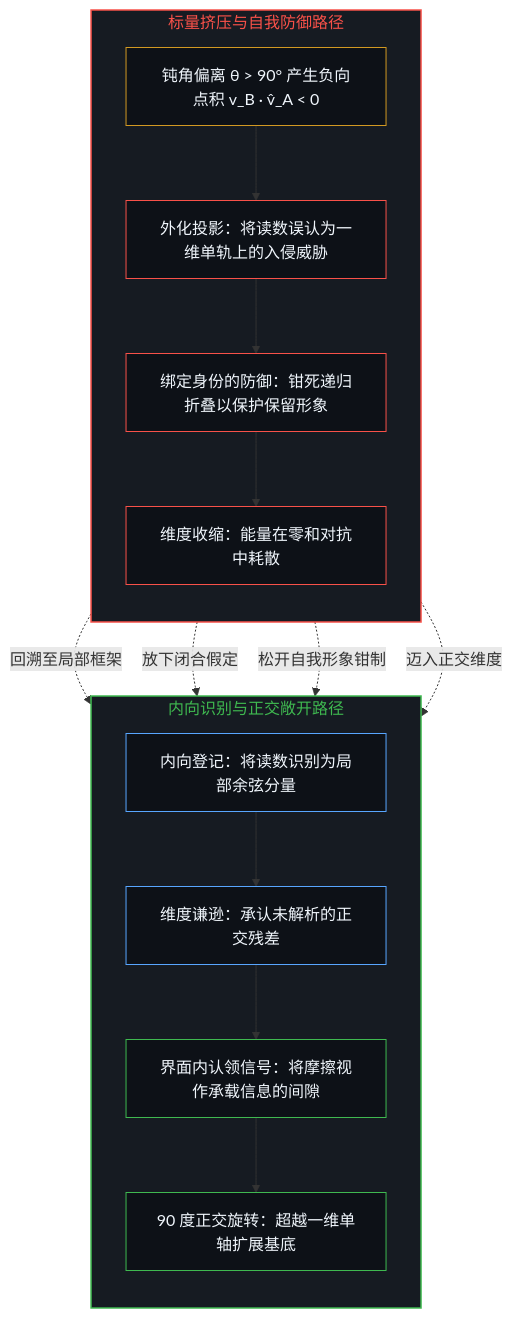
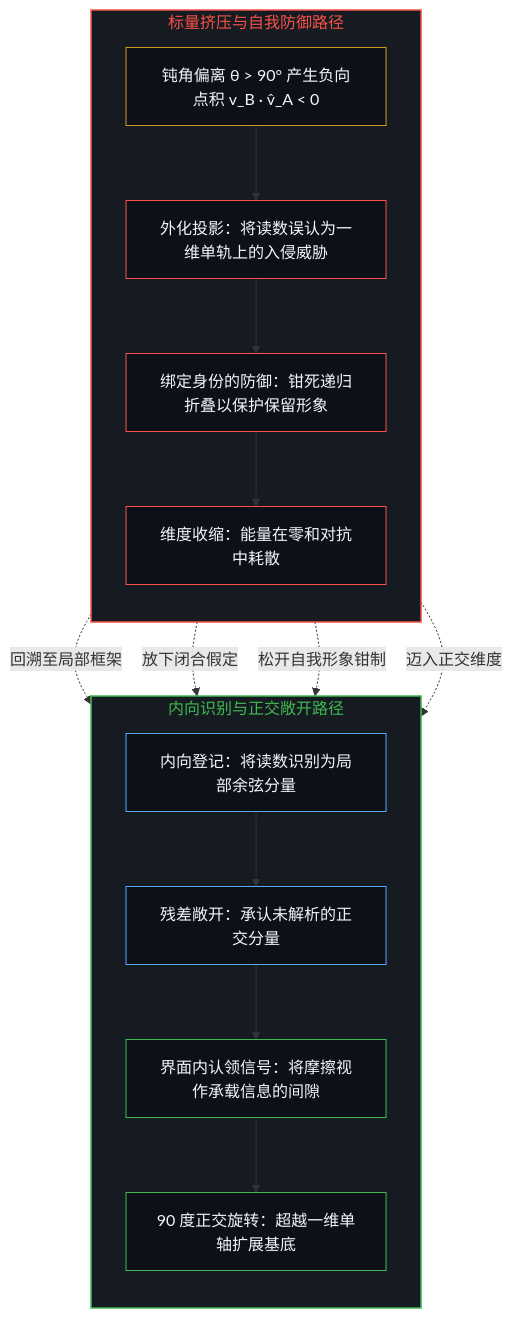
Before and after one commit to powerpig99/not-a-toe: the fifth of 8 diagrams in content/posts/the-mind-as-vector-and-coordinate-system.md, drawn with Mermaid. The commit also changed other lines of this file and 13 other files, not shown here.

````diff
--- a/content/posts/the-mind-as-vector-and-coordinate-system.md
+++ b/content/posts/the-mind-as-vector-and-coordinate-system.md
@@ -143,33 +143,33 @@
 ```mermaid
 flowchart TD
     subgraph S_Collapse["标量挤压与自我防御路径"]
         direction TB
         C1["钝角偏离 θ > 90° 产生负向点积 v_B · v̂_A < 0"]
         C2["外化投影：将读数误认为一维单轨上的入侵威胁"]
         C3["绑定身份的防御：钳死递归折叠以保护保留形象"]
         C4["维度收缩：能量在零和对抗中耗散"]
         C1 --> C2 --> C3 --> C4
     end
     subgraph S_Clarify["内向识别与正交敞开路径"]
         direction TB
         D1["内向登记：将读数识别为局部余弦分量"]
-        D2["维度谦逊：承认未解析的正交残差"]
+        D2["残差敞开：承认未解析的正交分量"]
         D3["界面内认领信号：将摩擦视作承载信息的间隙"]
         D4["90 度正交旋转：超越一维单轴扩展基底"]
         D1 --> D2 --> D3 --> D4
     end
     C1 -.->|"回溯至局部框架"| D1
     C2 -.->|"放下闭合假定"| D2
     C3 -.->|"松开自我形象钳制"| D3
     C4 -.->|"迈入正交维度"| D4
     style S_Collapse fill:#161b22,stroke:#f85149,stroke-width:1.5px,color:#f85149
     style S_Clarify fill:#161b22,stroke:#3fb950,stroke-width:1.5px,color:#3fb950
     style C1 fill:#0d1117,stroke:#d29922,stroke-width:1px,color:#f0f6fc
     style C2 fill:#0d1117,stroke:#f85149,stroke-width:1px,color:#f0f6fc
     style C3 fill:#0d1117,stroke:#f85149,stroke-width:1px,color:#f0f6fc
     style C4 fill:#0d1117,stroke:#f85149,stroke-width:1px,color:#f0f6fc
     style D1 fill:#0d1117,stroke:#58a6ff,stroke-width:1px,color:#f0f6fc
     style D2 fill:#0d1117,stroke:#58a6ff,stroke-width:1px,color:#f0f6fc
     style D3 fill:#0d1117,stroke:#3fb950,stroke-width:1px,color:#f0f6fc
     style D4 fill:#0d1117,stroke:#3fb950,stroke-width:1px,color:#f0f6fc
 ```
````
